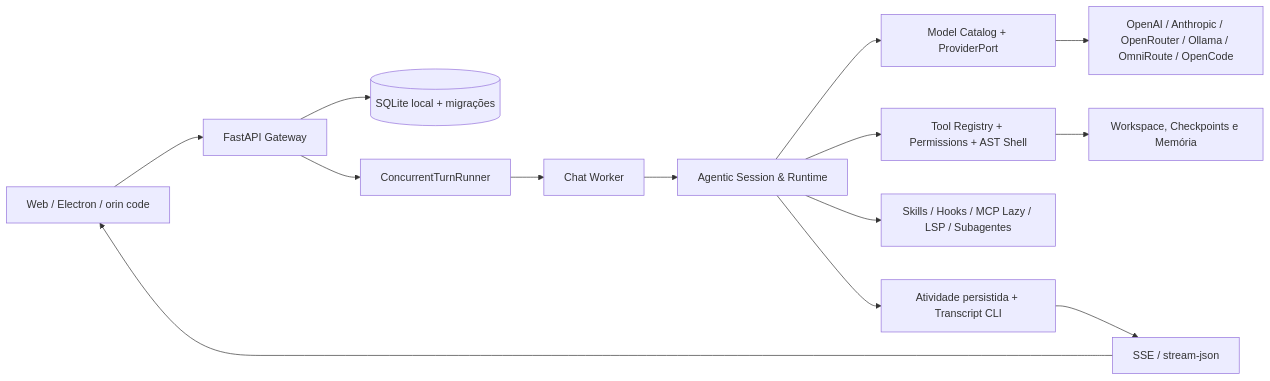
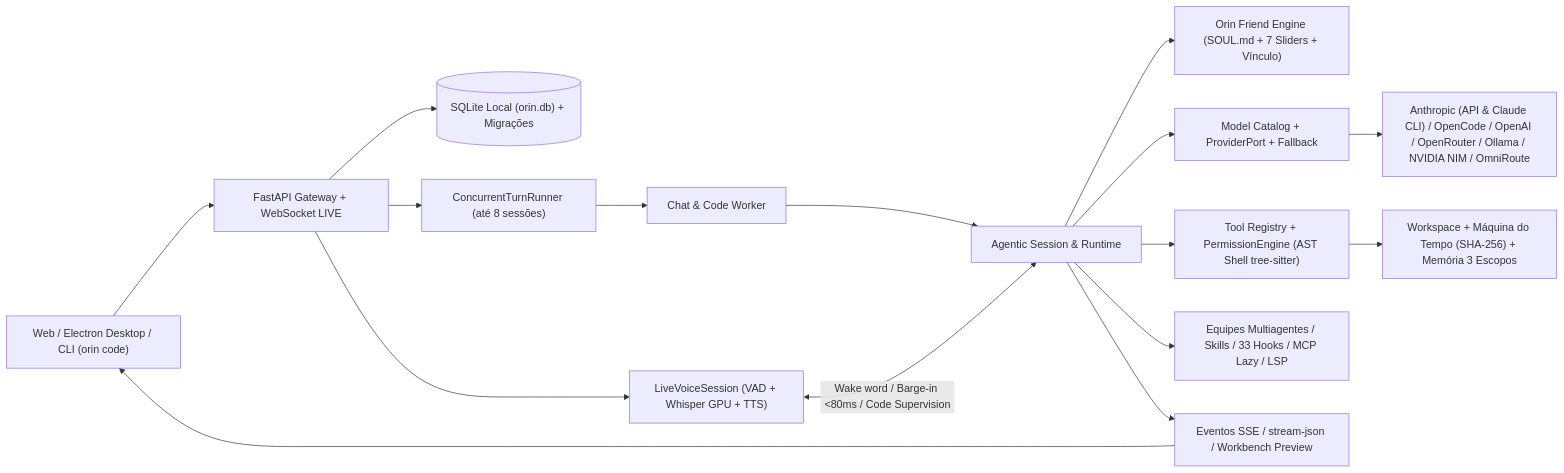
One commit to carlos-edu2367/orin changed the diagram in README.md. Above: the diagram before and after it, drawn with Mermaid. The commit also changed other lines of this file and 26 other files, not shown here.

````diff
--- a/README.md
+++ b/README.md
@@ -161,16 +299,18 @@
 ```mermaid
 flowchart LR
-    U[Web / Electron / orin code] --> G[FastAPI Gateway]
-    G --> DB[(SQLite local + migrações)]
-    G --> P[ConcurrentTurnRunner]
-    P --> W[Chat Worker]
-    W --> R[Agentic Session & Runtime]
-    R --> M[Model Catalog + ProviderPort]
-    M --> PR[OpenAI / Anthropic / OpenRouter / Ollama / OmniRoute / OpenCode]
-    R --> TR[Tool Registry + Permissions + AST Shell]
-    TR --> WS[Workspace, Checkpoints e Memória]
-    R --> EXT[Skills / Hooks / MCP Lazy / LSP / Subagentes]
-    R --> A[Atividade persistida + Transcript CLI]
-    A --> S[SSE / stream-json]
-    S --> U
+    U["Web / Electron Desktop / CLI (orin code)"] --> G["FastAPI Gateway + WebSocket LIVE"]
+    G --> DB[("SQLite Local (orin.db) + Migrações")]
+    G --> L["LiveVoiceSession (VAD + Whisper GPU + TTS)"]
+    G --> P["ConcurrentTurnRunner (até 8 sessões)"]
+    P --> W["Chat & Code Worker"]
+    W --> R["Agentic Session & Runtime"]
+    L <-->|"Wake word / Barge-in <80ms / Code Supervision"| R
+    R --> F["Orin Friend Engine (SOUL.md + 7 Sliders + Vínculo)"]
+    R --> M["Model Catalog + ProviderPort + Fallback"]
+    M --> PR["Anthropic (API & Claude CLI) / OpenCode / OpenAI / OpenRouter / Ollama / NVIDIA NIM / OmniRoute"]
+    R --> TR["Tool Registry + PermissionEngine (AST Shell tree-sitter)"]
+    TR --> WS["Workspace + Máquina do Tempo (SHA-256) + Memória 3 Escopos"]
+    R --> EXT["Equipes Multiagentes / Skills / 33 Hooks / MCP Lazy / LSP"]
+    R --> A[" Eventos SSE / stream-json / Workbench Preview"]
+    A --> U
 ```
````
